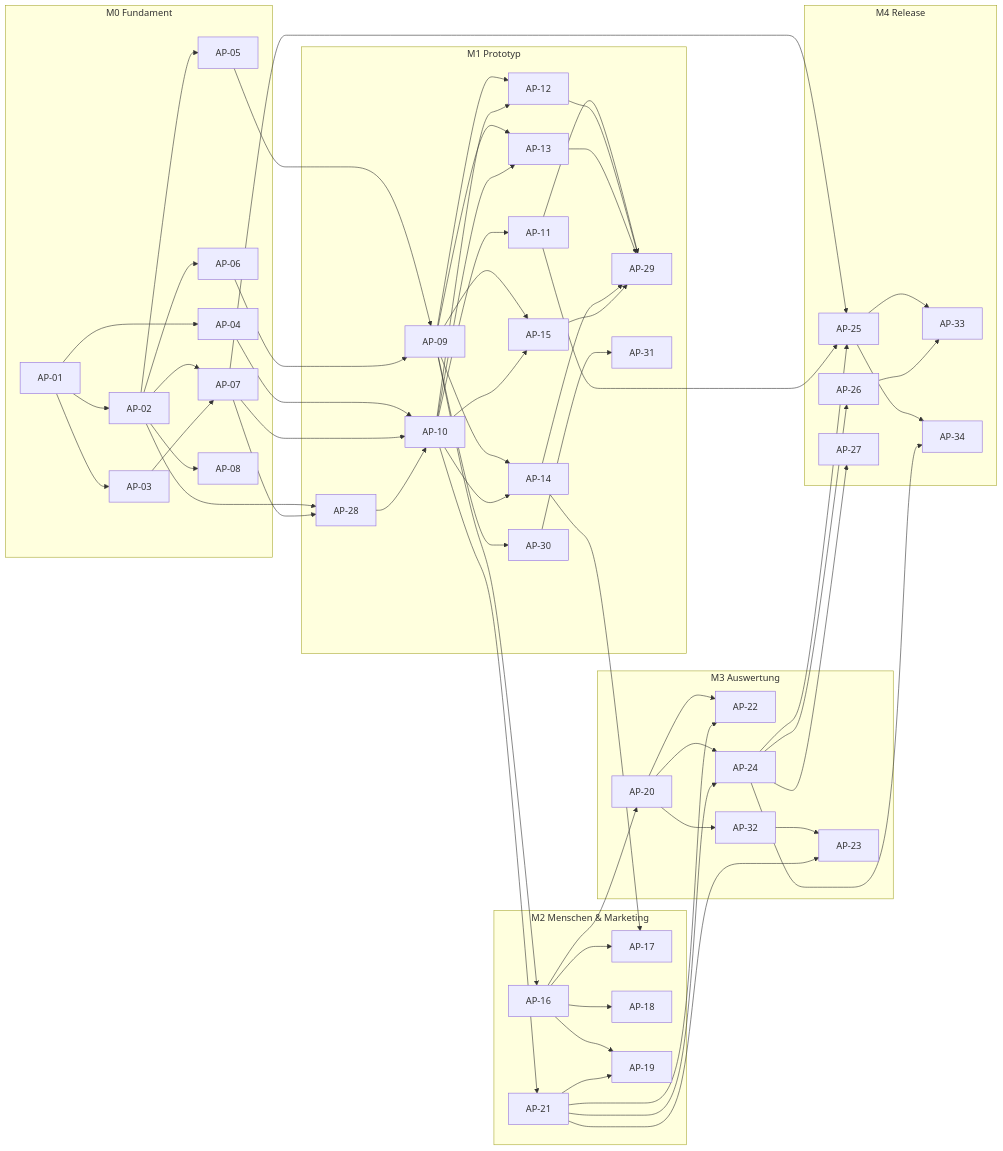
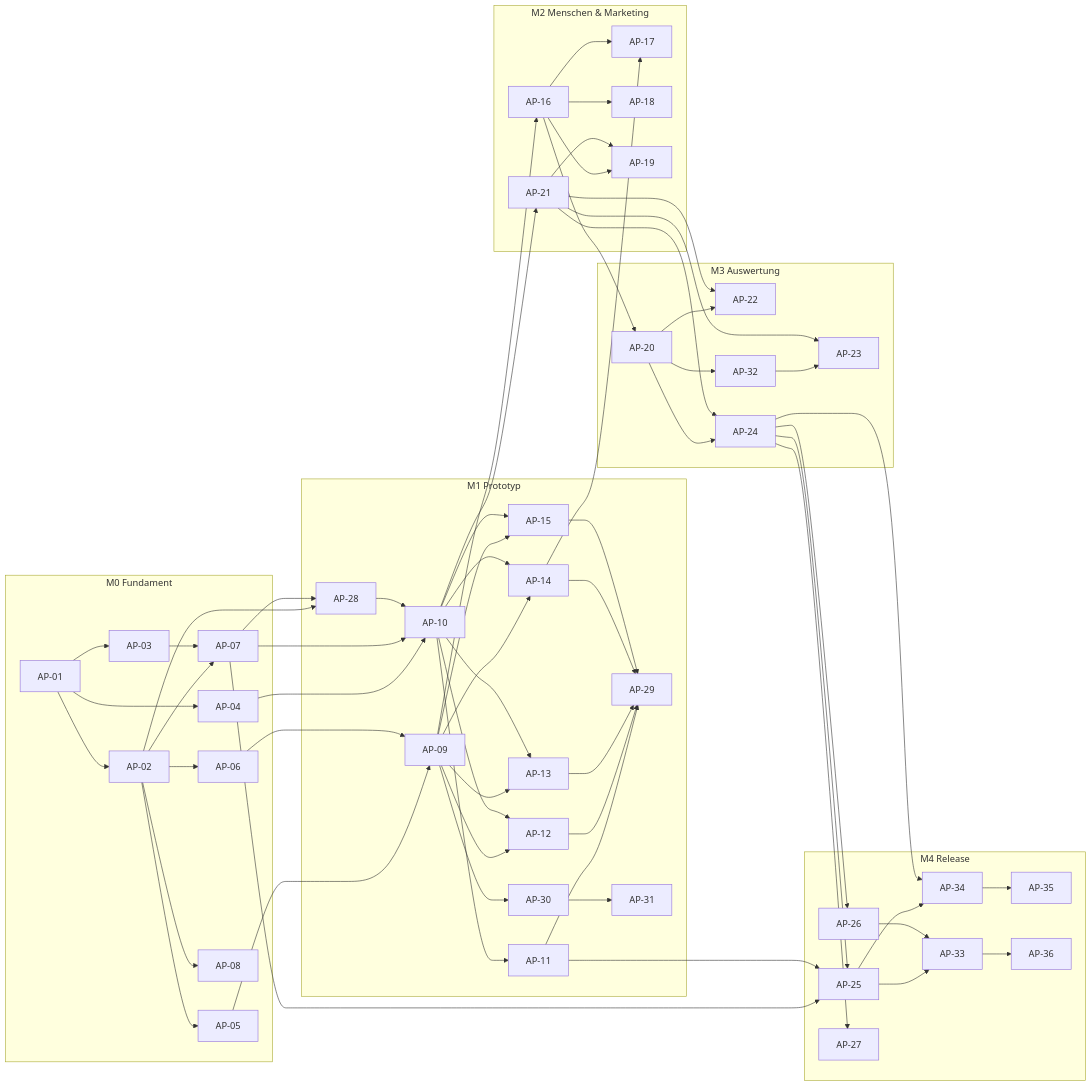
Before and after one commit to CemDCoding/appManager: the third of 3 diagrams in docs/masterBuildPlan.md, drawn with Mermaid. The commit also changed other lines of this file, not shown here.

````diff
--- a/docs/masterBuildPlan.md
+++ b/docs/masterBuildPlan.md
@@ -587,44 +591,48 @@
 ```mermaid
 flowchart LR
   subgraph M0["M0 Fundament"]
     AP01["AP-01"] --> AP02["AP-02"] & AP03["AP-03"] & AP04["AP-04"]
     AP02 --> AP05["AP-05"] & AP06["AP-06"] & AP07["AP-07"] & AP08["AP-08"]
     AP03 --> AP07
   end
   subgraph M1["M1 Prototyp"]
     AP09["AP-09"]
     AP28["AP-28"]
     AP10["AP-10"]
     AP09 & AP10 --> AP12["AP-12"] & AP13["AP-13"] & AP14["AP-14"] & AP15["AP-15"]
     AP10 --> AP11["AP-11"]
     AP11 & AP12 & AP13 & AP14 & AP15 --> AP29["AP-29"]
     AP09 --> AP30["AP-30"] --> AP31["AP-31"]
   end
   subgraph M2["M2 Menschen & Marketing"]
     AP16["AP-16"] --> AP17["AP-17"] & AP18["AP-18"] & AP19["AP-19"]
     AP21["AP-21"] --> AP19
   end
   subgraph M3["M3 Auswertung"]
     AP20["AP-20"] --> AP22["AP-22"] & AP24["AP-24"] & AP32["AP-32"]
     AP32 --> AP23["AP-23"]
   end
   AP21 --> AP22 & AP23 & AP24
   AP14 --> AP17
   subgraph M4["M4 Release"]
     AP25["AP-25"]
     AP26["AP-26"]
     AP27["AP-27"]
     AP33["AP-33"]
     AP34["AP-34"]
+    AP35["AP-35"]
+    AP36["AP-36"]
   end
   AP05 & AP06 --> AP09
   AP02 & AP07 --> AP28
   AP04 & AP07 & AP28 --> AP10
   AP09 --> AP16 --> AP20
   AP10 --> AP21
   AP07 & AP11 --> AP25
   AP24 --> AP25 & AP26 & AP27
   AP25 --> AP33 & AP34
   AP26 --> AP33
   AP24 --> AP34
+  AP34 --> AP35
+  AP33 --> AP36
 ```
````
